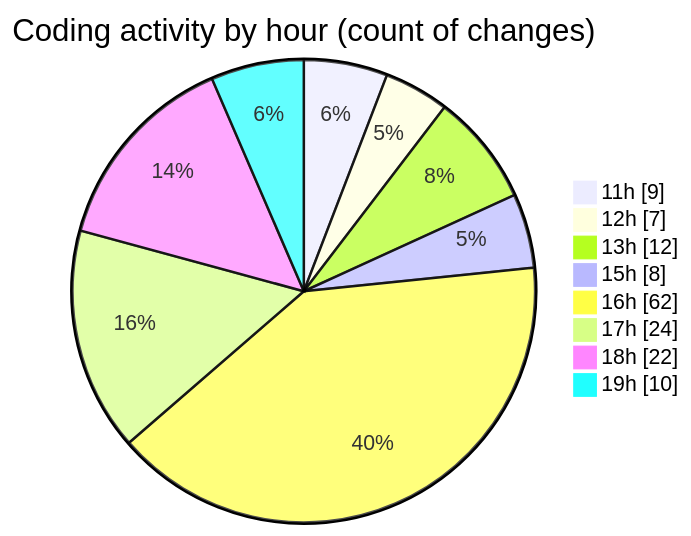
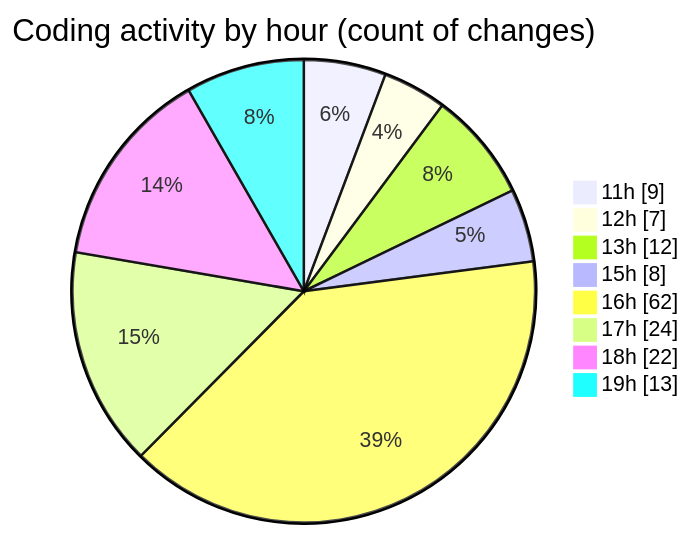
The second of 2 diagrams in 2025-08-07/ribbon/README.md (EIIisD/code-tracking), drawn with Mermaid before and after one commit. The commit also changed other lines of this file and 1 other file, not shown here.

````diff
--- a/2025-08-07/ribbon/README.md
+++ b/2025-08-07/ribbon/README.md
@@ -49,12 +49,12 @@
 ```mermaid
 pie showData
 title Coding activity by hour (count of changes)
 "11h" : 9
 "12h" : 7
 "13h" : 12
 "15h" : 8
 "16h" : 62
 "17h" : 24
 "18h" : 22
-"19h" : 10
+"19h" : 13
 ```
````
